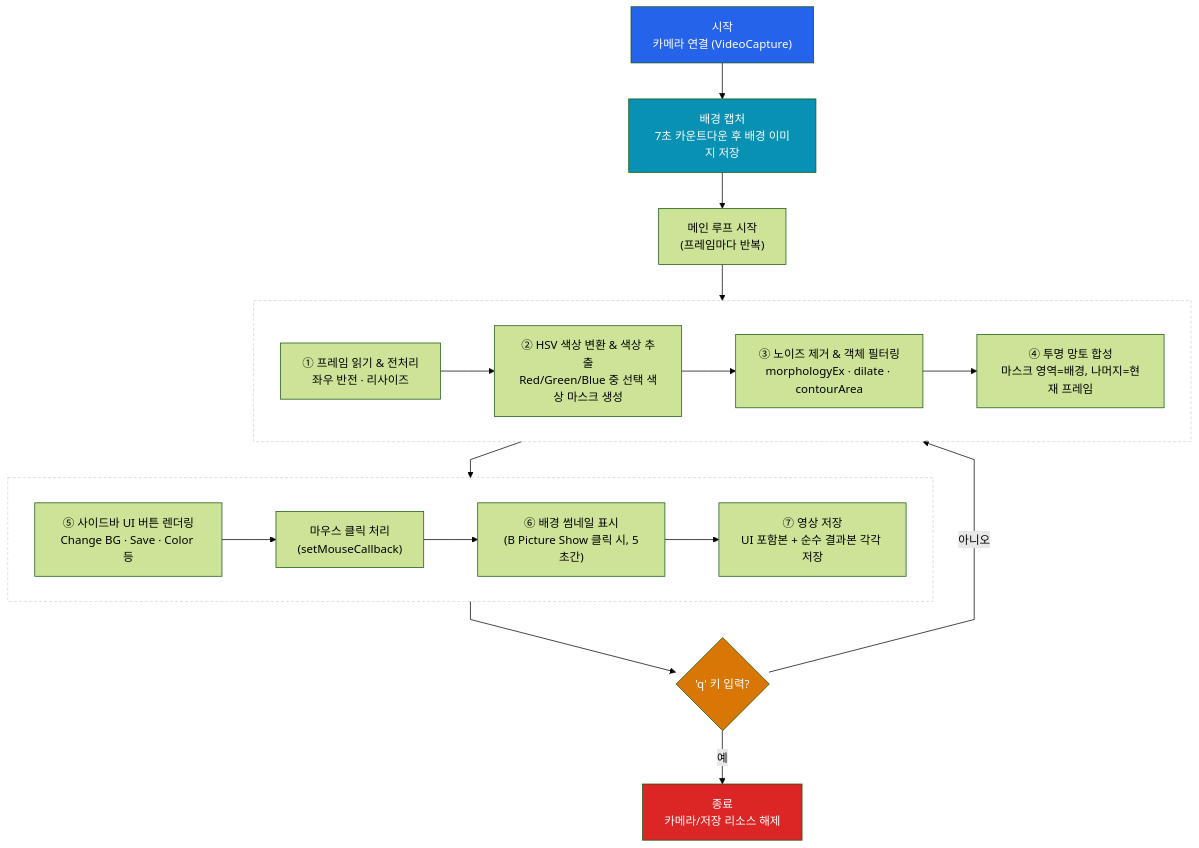
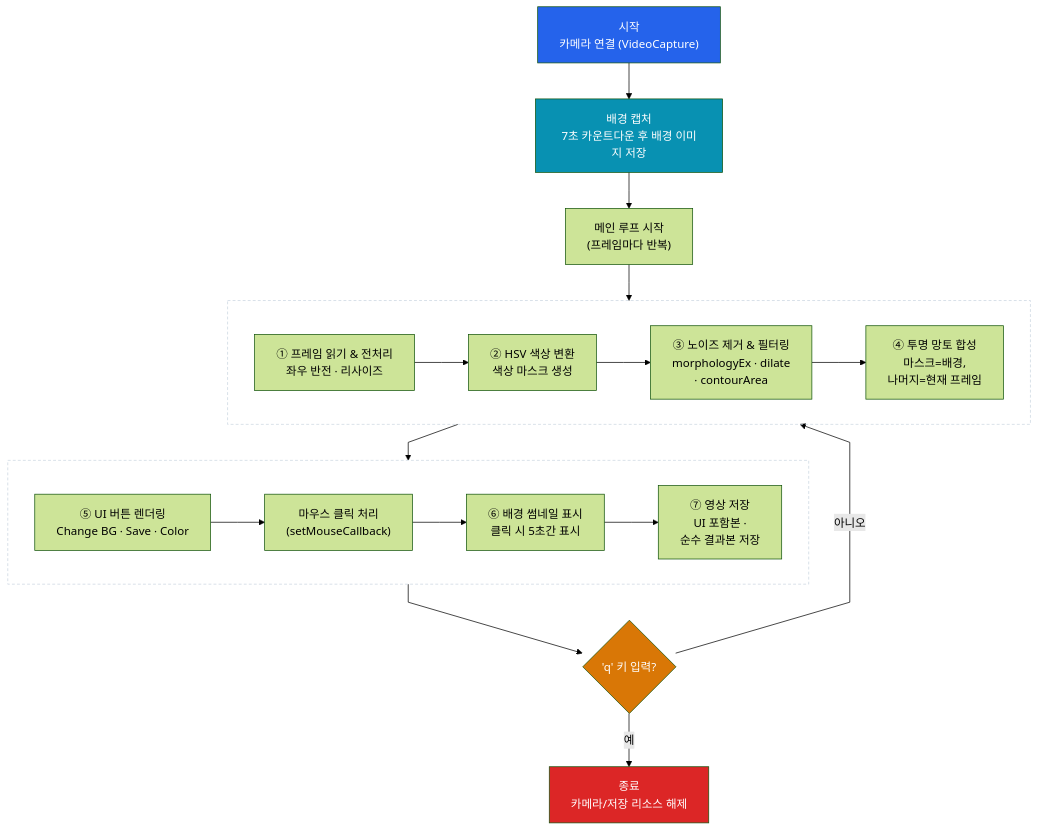
The diagram in README.md (2101080JUNGJINYOUNG/OpenCV-Invisibility-Cloak), drawn with Mermaid (forest theme) before and after one commit.

````diff
--- a/README.md
+++ b/README.md
@@ -15,32 +15,32 @@
 ```mermaid
 %%{init: {"flowchart": {"curve": "linear"}} }%%
 flowchart TD
     A["시작<br/>카메라 연결 (VideoCapture)"] --> B["배경 캡처<br/>7초 카운트다운 후 배경 이미지 저장"]
     B --> C["메인 루프 시작<br/>(프레임마다 반복)"]
 
     subgraph ROW2[" "]
         direction LR
-        C5["⑤ 사이드바 UI 버튼 렌더링<br/>Change BG · Save · Color 등"] --> C6["마우스 클릭 처리<br/>(setMouseCallback)"]
-        C6 --> C7["⑥ 배경 썸네일 표시<br/>(B Picture Show 클릭 시, 5초간)"]
-        C7 --> C8["⑦ 영상 저장<br/>UI 포함본 + 순수 결과본 각각 저장"]
+        C5["⑤ UI 버튼 렌더링<br/>Change BG · Save · Color"] --> C6["마우스 클릭 처리<br/>(setMouseCallback)"]
+        C6 --> C7["⑥ 배경 썸네일 표시<br/>클릭 시 5초간 표시"]
+        C7 --> C8["⑦ 영상 저장<br/>UI 포함본 ·<br/>순수 결과본 저장"]
     end
     subgraph ROW1[" "]
         direction LR
-        C1["① 프레임 읽기 & 전처리<br/>좌우 반전 · 리사이즈"] --> C2["② HSV 색상 변환 & 색상 추출<br/>Red/Green/Blue 중 선택 색상 마스크 생성"]
-        C2 --> C3["③ 노이즈 제거 & 객체 필터링<br/>morphologyEx · dilate · contourArea"]
-        C3 --> C4["④ 투명 망토 합성<br/>마스크 영역=배경, 나머지=현재 프레임"]
+        C1["① 프레임 읽기 & 전처리<br/>좌우 반전 · 리사이즈"] --> C2["② HSV 색상 변환<br/>색상 마스크 생성"]
+        C2 --> C3["③ 노이즈 제거 & 필터링<br/>morphologyEx · dilate<br/>· contourArea"]
+        C3 --> C4["④ 투명 망토 합성<br/>마스크=배경,<br/>나머지=현재 프레임"]
     end
 
     C --> ROW1
     ROW1 --> ROW2
     ROW2 --> D{"'q' 키 입력?"}
     D -- 아니오 --> ROW1
     D -- 예 --> E["종료<br/>카메라/저장 리소스 해제"]
 
     style A fill:#2563eb,color:#fff
     style E fill:#dc2626,color:#fff
     style B fill:#0891b2,color:#fff
     style D fill:#d97706,color:#fff
     style ROW1 fill:transparent,stroke:#cbd5e1,stroke-dasharray: 4 3
     style ROW2 fill:transparent,stroke:#cbd5e1,stroke-dasharray: 4 3
 ```
````
